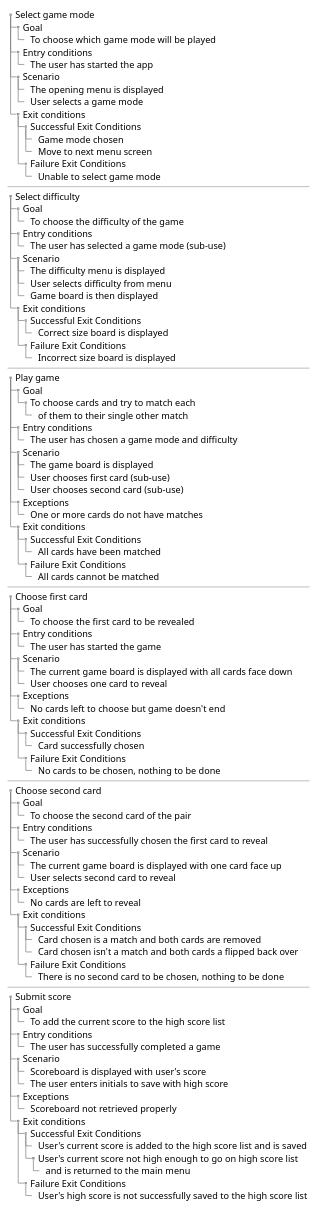
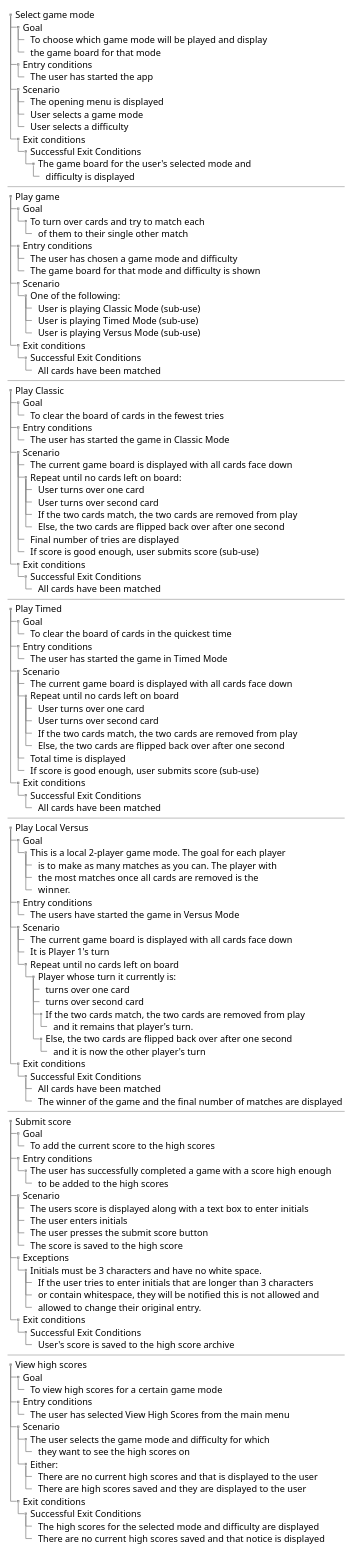
The diagram in app/UML/UC.puml (zok0001/MemoryMatch-master), drawn with PlantUML before and after one commit. The commit also changed 2 other files, not shown here.

Commit message:
Added VersusMode to the game.

```diff
--- a/app/UML/UC.puml
+++ b/app/UML/UC.puml
@@ -1,115 +1,145 @@
 @startuml
 salt
 {
 {T
 + Select game mode
 ++  Goal
-+++ To choose which game mode will be played
++++ To choose which game mode will be played and display
++++ the game board for that mode
 ++ Entry conditions
 +++ The user has started the app
 ++ Scenario
 +++ The opening menu is displayed
 +++ User selects a game mode
++++ User selects a difficulty
 ++ Exit conditions
 +++ Successful Exit Conditions
-++++ Game mode chosen
-++++ Move to next menu screen
-+++ Failure Exit Conditions
-++++ Unable to select game mode
-}
----
-{T
-+ Select difficulty
-++  Goal
-+++ To choose the difficulty of the game
-++ Entry conditions
-+++ The user has selected a game mode (sub-use)
-++ Scenario
-+++ The difficulty menu is displayed
-+++ User selects difficulty from menu
-+++ Game board is then displayed
-++ Exit conditions
-+++ Successful Exit Conditions
-++++ Correct size board is displayed
-+++ Failure Exit Conditions
-++++ Incorrect size board is displayed
+++++ The game board for the user's selected mode and
++++++ difficulty is displayed
 }
 ---
 {T
 + Play game
 ++  Goal
-+++ To choose cards and try to match each
++++ To turn over cards and try to match each
 ++++ of them to their single other match
 ++ Entry conditions
 +++ The user has chosen a game mode and difficulty
++++ The game board for that mode and difficulty is shown
 ++ Scenario
-+++ The game board is displayed
-+++ User chooses first card (sub-use)
-+++ User chooses second card (sub-use)
-++ Exceptions
-+++ One or more cards do not have matches
++++ One of the following:
+++++ User is playing Classic Mode (sub-use)
+++++ User is playing Timed Mode (sub-use)
+++++ User is playing Versus Mode (sub-use)
 ++ Exit conditions
 +++ Successful Exit Conditions
 ++++ All cards have been matched
-+++ Failure Exit Conditions
-++++ All cards cannot be matched
 }
 ---
 {T
-+ Choose first card
++ Play Classic
 ++  Goal
-+++ To choose the first card to be revealed
++++ To clear the board of cards in the fewest tries
 ++ Entry conditions
-+++ The user has started the game
++++ The user has started the game in Classic Mode
 ++ Scenario
 +++ The current game board is displayed with all cards face down
-+++ User chooses one card to reveal
-++ Exceptions
-+++ No cards left to choose but game doesn't end
++++ Repeat until no cards left on board:
+++++ User turns over one card
+++++ User turns over second card
+++++ If the two cards match, the two cards are removed from play
+++++ Else, the two cards are flipped back over after one second
++++ Final number of tries are displayed
++++ If score is good enough, user submits score (sub-use)
 ++ Exit conditions
 +++ Successful Exit Conditions
-++++ Card successfully chosen
-+++ Failure Exit Conditions
-++++ No cards to be chosen, nothing to be done
+++++ All cards have been matched
 }
 ---
 {T
-+ Choose second card
++ Play Timed
 ++  Goal
-+++ To choose the second card of the pair
++++ To clear the board of cards in the quickest time
 ++ Entry conditions
-+++ The user has successfully chosen the first card to reveal
++++ The user has started the game in Timed Mode
 ++ Scenario
-+++ The current game board is displayed with one card face up
-+++ User selects second card to reveal
-++ Exceptions
-+++ No cards are left to reveal
++++ The current game board is displayed with all cards face down
++++ Repeat until no cards left on board
+++++ User turns over one card
+++++ User turns over second card
+++++ If the two cards match, the two cards are removed from play
+++++ Else, the two cards are flipped back over after one second
++++ Total time is displayed
++++ If score is good enough, user submits score (sub-use)
 ++ Exit conditions
 +++ Successful Exit Conditions
-++++ Card chosen is a match and both cards are removed
-++++ Card chosen isn't a match and both cards a flipped back over
-+++ Failure Exit Conditions
-++++ There is no second card to be chosen, nothing to be done
+++++ All cards have been matched
+}
+--
+{T
++ Play Local Versus
+++  Goal
++++ This is a local 2-player game mode. The goal for each player
+++++  is to make as many matches as you can. The player with
+++++ the most matches once all cards are removed is the
+++++ winner.
+++ Entry conditions
++++ The users have started the game in Versus Mode
+++ Scenario
++++ The current game board is displayed with all cards face down
++++ It is Player 1's turn
++++ Repeat until no cards left on board
+++++ Player whose turn it currently is:
++++++ turns over one card
++++++ turns over second card
++++++ If the two cards match, the two cards are removed from play
+++++++ and it remains that player's turn.
++++++ Else, the two cards are flipped back over after one second
+++++++ and it is now the other player's turn
+++ Exit conditions
++++ Successful Exit Conditions
+++++ All cards have been matched
+++++ The winner of the game and the final number of matches are displayed
 }
 --
 {T
 + Submit score
 ++  Goal
-+++ To add the current score to the high score list
++++ To add the current score to the high scores
 ++ Entry conditions
-+++ The user has successfully completed a game
++++ The user has successfully completed a game with a score high enough
+++++ to be added to the high scores
 ++ Scenario
-+++ Scoreboard is displayed with user's score
-+++ The user enters initials to save with high score
++++ The users score is displayed along with a text box to enter initials
++++ The user enters initials
++++ The user presses the submit score button
++++ The score is saved to the high score
 ++ Exceptions
-+++ Scoreboard not retrieved properly
++++ Initials must be 3 characters and have no white space.
+++++ If the user tries to enter initials that are longer than 3 characters
+++++ or contain whitespace, they will be notified this is not allowed and
+++++ allowed to change their original entry.
 ++ Exit conditions
 +++ Successful Exit Conditions
-++++ User's current score is added to the high score list and is saved
-++++ User's current score not high enough to go on high score list
-+++++ and is returned to the main menu
-+++ Failure Exit Conditions
-++++ User's high score is not successfully saved to the high score list
+++++ User's score is saved to the high score archive
+}
+--
+{T
++ View high scores
+++  Goal
++++ To view high scores for a certain game mode
+++ Entry conditions
++++ The user has selected View High Scores from the main menu
+++ Scenario
++++ The user selects the game mode and difficulty for which
+++++ they want to see the high scores on
++++ Either:
+++++ There are no current high scores and that is displayed to the user
+++++ There are high scores saved and they are displayed to the user
+++ Exit conditions
++++ Successful Exit Conditions
+++++ The high scores for the selected mode and difficulty are displayed
+++++ There are no current high scores saved and that notice is displayed
 }
 }
 @enduml
```
